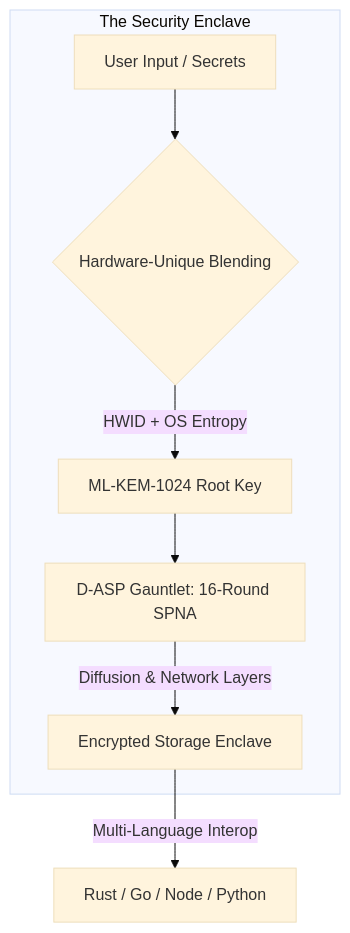
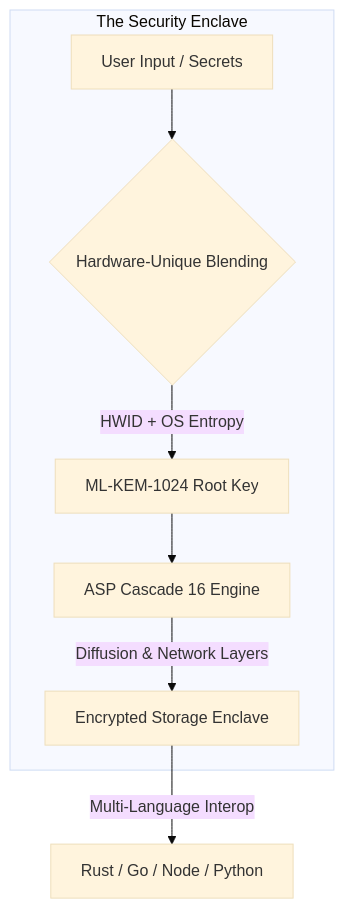
The first of 4 diagrams in d-asp/DASP_SYSTEM_FLOW.md (Kryklin/darkstar), drawn with Mermaid (base theme) before and after one commit. The commit also changed other lines of this file and 15 other files, not shown here.

````diff
--- a/d-asp/DASP_SYSTEM_FLOW.md
+++ b/d-asp/DASP_SYSTEM_FLOW.md
@@ -20,11 +20,11 @@
 ```mermaid
 graph TD
     subgraph "The Security Enclave"
     A[User Input / Secrets] --> B{Hardware-Unique Blending}
     B -- "HWID + OS Entropy" --> C[ML-KEM-1024 Root Key]
-    C --> D[D-ASP Gauntlet: 16-Round SPNA]
+    C --> D[ASP Cascade 16 Engine]
     D -- "Diffusion & Network Layers" --> E[Encrypted Storage Enclave]
     end
     
     E -- "Multi-Language Interop" --> F[Rust / Go / Node / Python]
 ```
````
